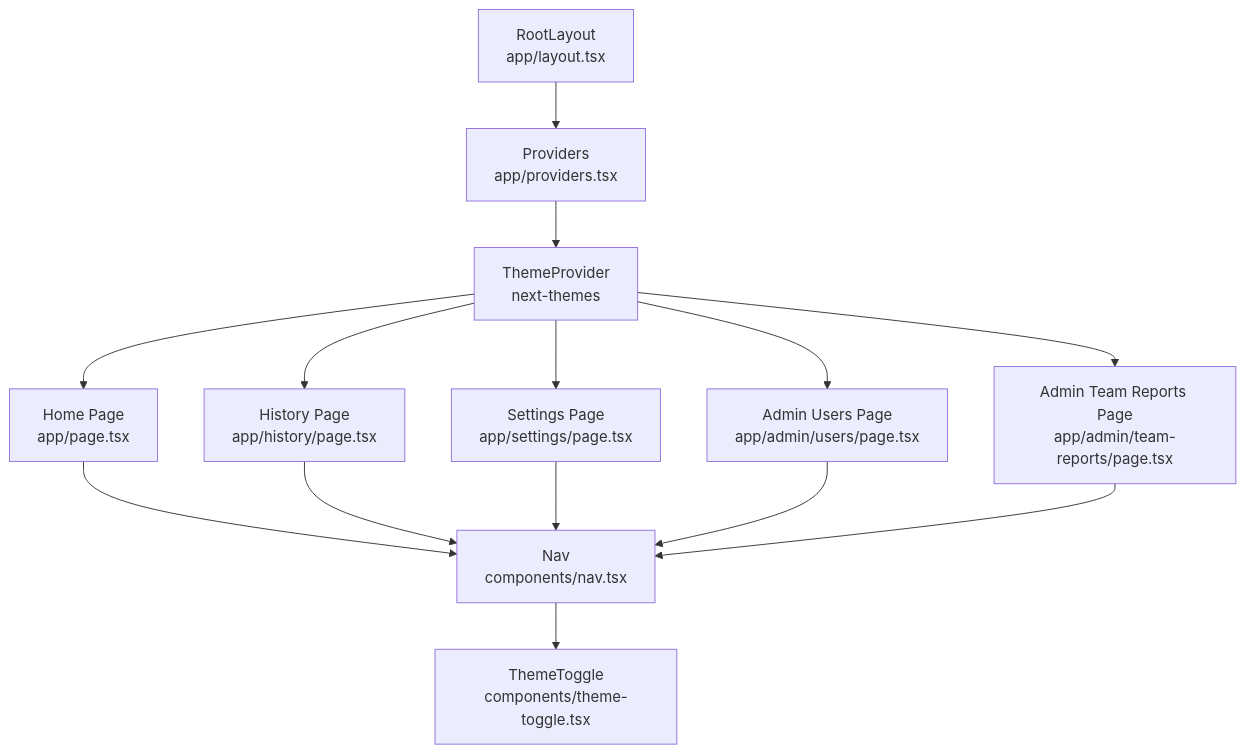
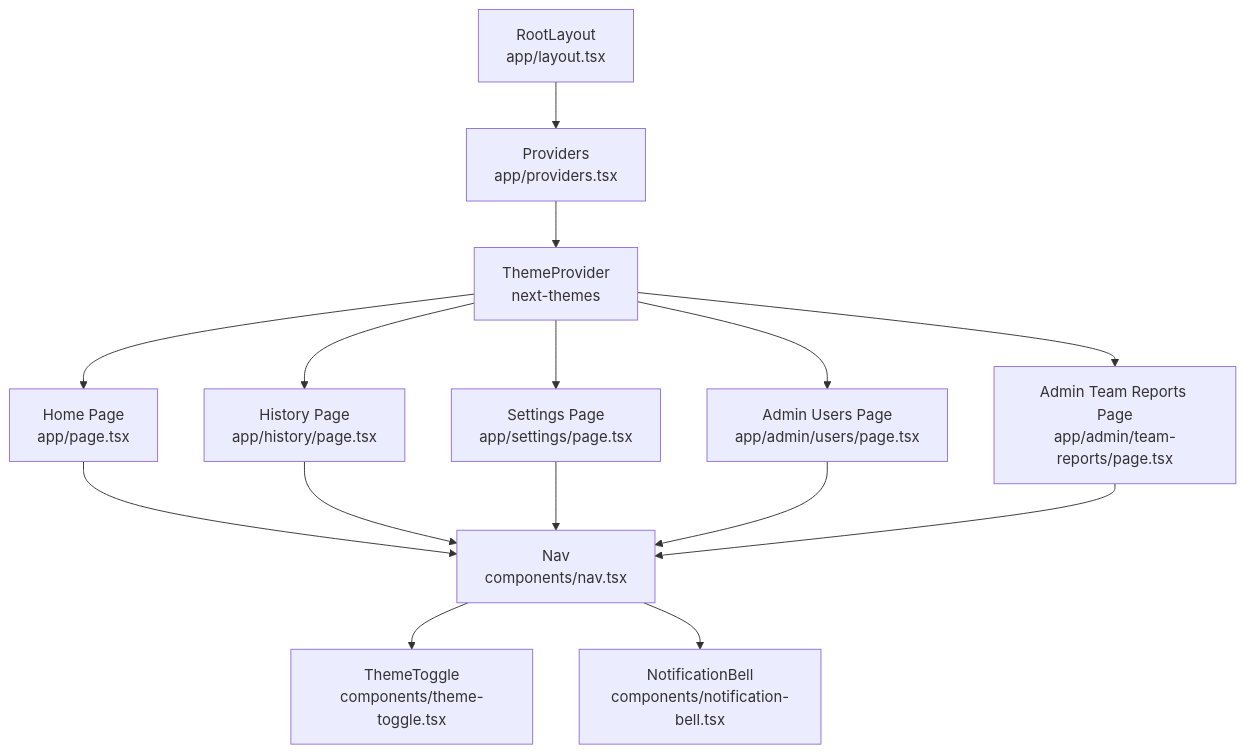
One commit to jrj444/git-daily changed the fourth of 10 diagrams in .qoder/repowiki/en/content/Frontend Components/Navigation and UI Elements.md. Above: the diagram before and after it, drawn with Mermaid. The commit also changed other lines of this file and 12 other files, not shown here.

````diff
--- a/.qoder/repowiki/en/content/Frontend Components/Navigation and UI Elements.md
+++ b/.qoder/repowiki/en/content/Frontend Components/Navigation and UI Elements.md
@@ -275,16 +338,17 @@
 ```mermaid
 graph TB
 RL["RootLayout<br/>app/layout.tsx"] --> PR["Providers<br/>app/providers.tsx"]
 PR --> TP["ThemeProvider<br/>next-themes"]
 TP --> HP["Home Page<br/>app/page.tsx"]
 TP --> HPG["History Page<br/>app/history/page.tsx"]
 TP --> PSP["Settings Page<br/>app/settings/page.tsx"]
 TP --> AUP["Admin Users Page<br/>app/admin/users/page.tsx"]
 TP --> ATP["Admin Team Reports Page<br/>app/admin/team-reports/page.tsx"]
 HP --> NAV["Nav<br/>components/nav.tsx"]
 HPG --> NAV
 PSP --> NAV
 AUP --> NAV
 ATP --> NAV
 NAV --> TT["ThemeToggle<br/>components/theme-toggle.tsx"]
+NAV --> NB["NotificationBell<br/>components/notification-bell.tsx"]
 ```
````
